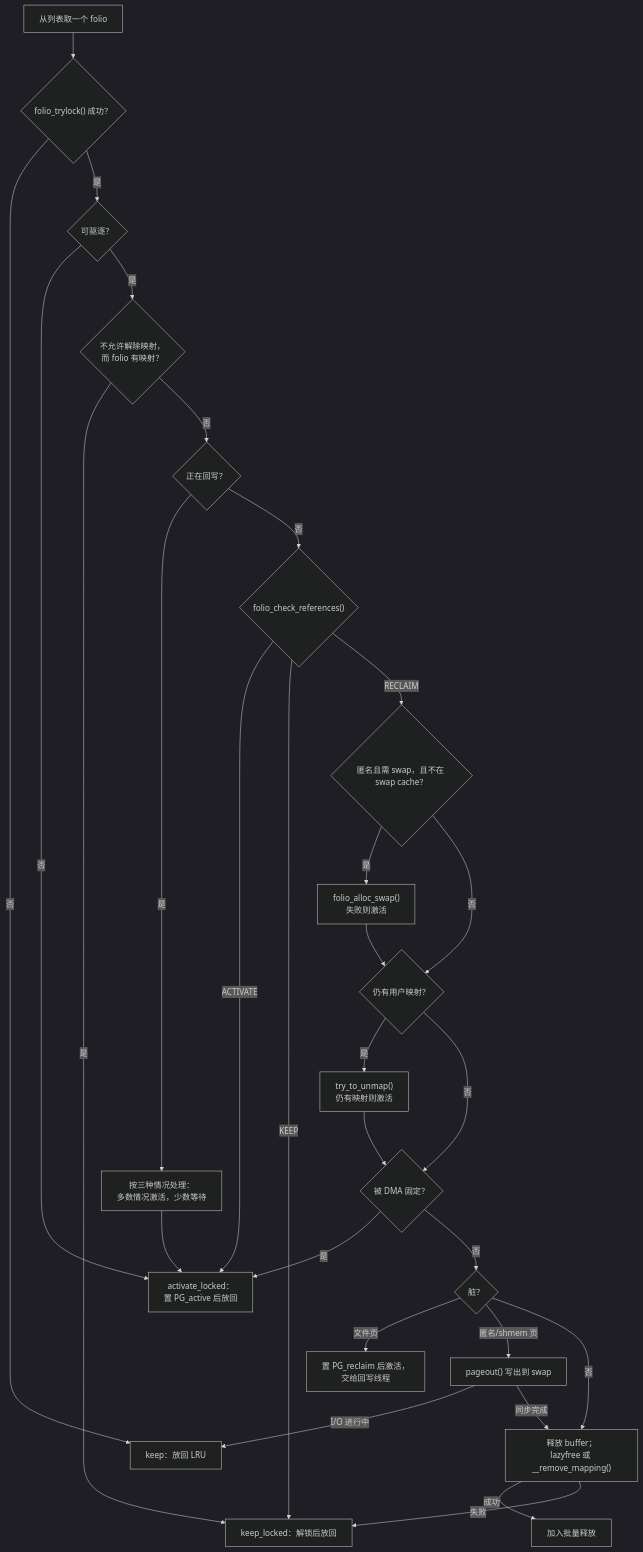
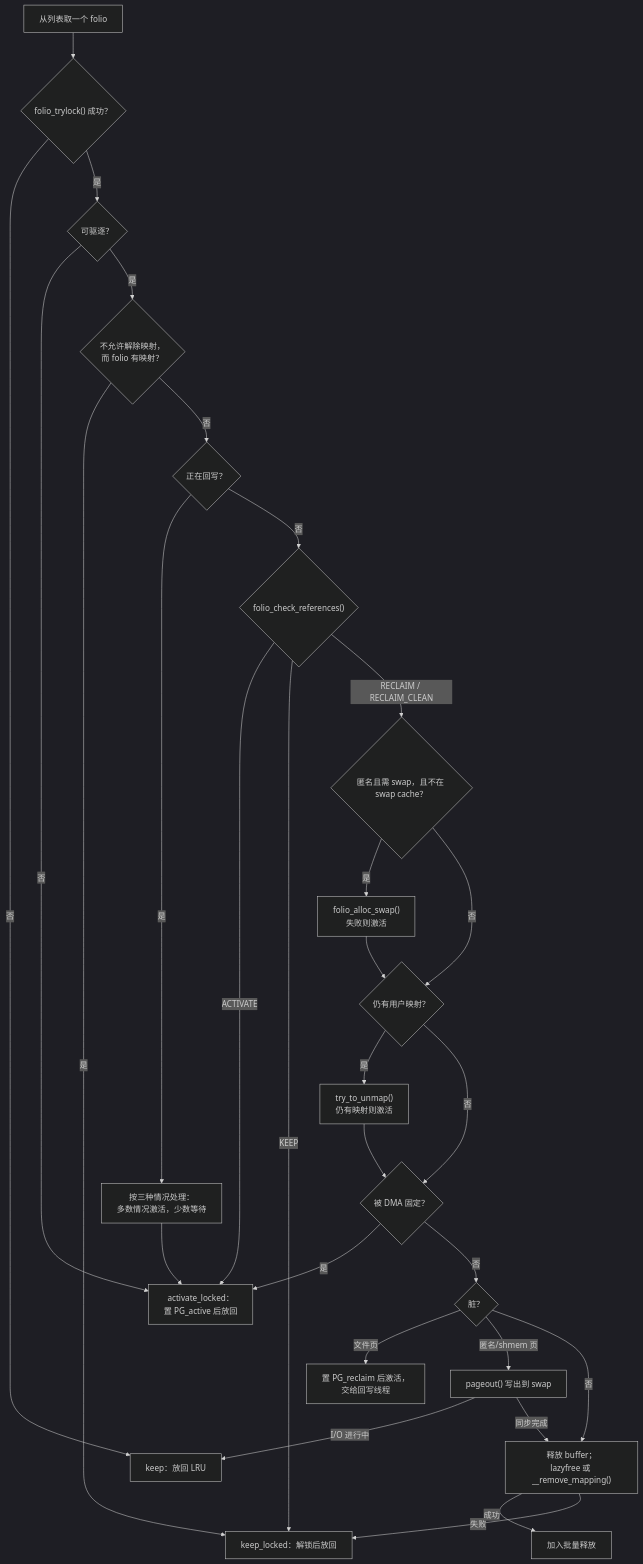
One commit to linuxperf/linux-study changed the seventh of 7 diagrams in book/memory/reclaim.md. Above: the diagram before and after it, drawn with Mermaid (dark theme). The commit also changed other lines of this file and 5 other files, not shown here.

````diff
--- a/book/memory/reclaim.md
+++ b/book/memory/reclaim.md
@@ -718,31 +720,31 @@
 ```mermaid
 flowchart TD
     A["从列表取一个 folio"] --> B{"folio_trylock() 成功？"}
     B -->|否| KEEP["keep：放回 LRU"]
     B -->|是| C{"可驱逐？"}
     C -->|否| ACT["activate_locked：<br/>置 PG_active 后放回"]
     C -->|是| C2{"不允许解除映射，<br/>而 folio 有映射？"}
     C2 -->|是| KL["keep_locked：解锁后放回"]
     C2 -->|否| D{"正在回写？"}
     D -->|是| D2["按三种情况处理：<br/>多数情况激活，少数等待"]
     D2 --> ACT
     D -->|否| E{"folio_check_references()"}
     E -->|ACTIVATE| ACT
     E -->|KEEP| KL
-    E -->|RECLAIM| F{"匿名且需 swap，且不在 swap cache？"}
+    E -->|"RECLAIM / RECLAIM_CLEAN"| F{"匿名且需 swap，且不在 swap cache？"}
     F -->|是| F2["folio_alloc_swap()<br/>失败则激活"]
     F -->|否| G
     F2 --> G{"仍有用户映射？"}
     G -->|是| G2["try_to_unmap()<br/>仍有映射则激活"]
     G -->|否| H
     G2 --> H{"被 DMA 固定？"}
     H -->|是| ACT
     H -->|否| I{"脏？"}
     I -->|"文件页"| I1["置 PG_reclaim 后激活，<br/>交给回写线程"]
     I -->|"匿名/shmem 页"| I2["pageout() 写出到 swap"]
     I -->|否| J["释放 buffer；<br/>lazyfree 或 __remove_mapping()"]
     I2 -->|"I/O 进行中"| KEEP
     I2 -->|"同步完成"| J
     J -->|成功| FREE["加入批量释放"]
     J -->|失败| KL
 ```
````
